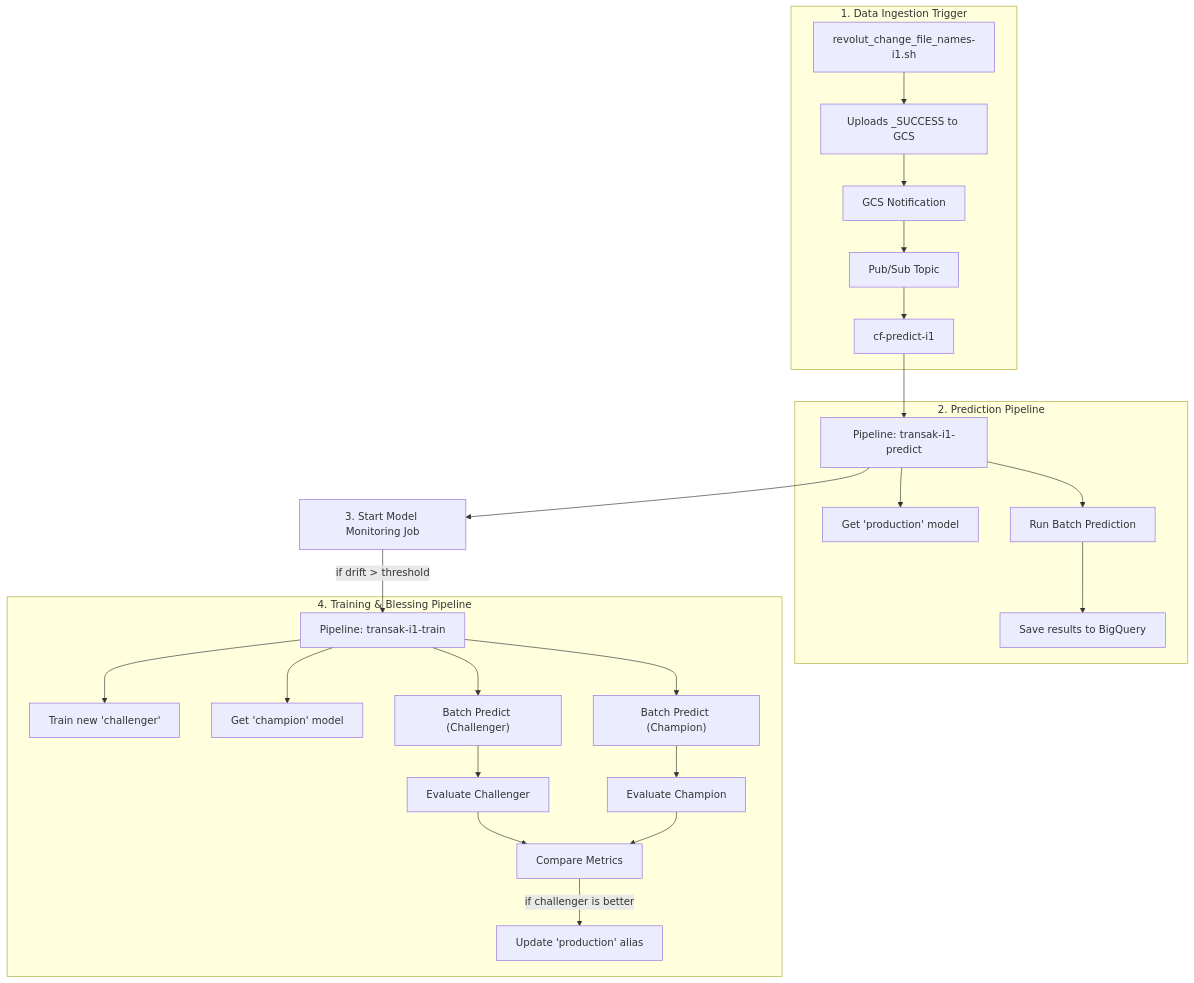
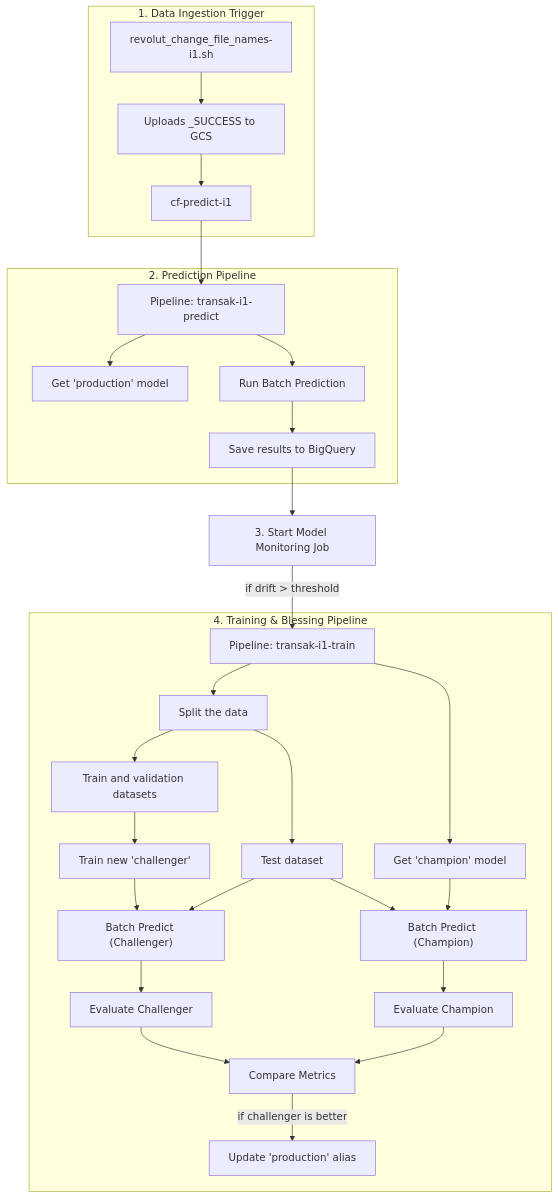
Before and after one commit to arturroo/af-finanzen: the diagram in vertex_ai/transak_i1/GEMINI.md, drawn with Mermaid. The commit also changed other lines of this file, not shown here.

Commit message:
updates te diagram ascii

````diff
--- a/vertex_ai/transak_i1/GEMINI.md
+++ b/vertex_ai/transak_i1/GEMINI.md
@@ -140,33 +152,37 @@
 ```mermaid
 graph TD
     subgraph "1. Data Ingestion Trigger"
         T1["revolut_change_file_names-i1.sh"] --> T2["Uploads _SUCCESS to GCS"];
-        T2 --> T3["GCS Notification"];
-        T3 --> T4["Pub/Sub Topic"];
-        T4 --> A["cf-predict-i1"];
+        T2 --> A["cf-predict-i1"];
     end
 
     subgraph "2. Prediction Pipeline"
         A --> B["Pipeline: transak-i1-predict"];
         B --> B1["Get 'production' model"];
         B --> B2["Run Batch Prediction"];
         B2 --> B3["Save results to BigQuery"];
     end
 
-    B --> M["3. Start Model Monitoring Job"];
+    B3 --> M["3. Start Model Monitoring Job"];
 
     subgraph "4. Training & Blessing Pipeline"
         C["Pipeline: transak-i1-train"];
-        C --> C1["Train new 'challenger'"];
-        C --> C2["Get 'champion' model"];
-        C --> C3["Batch Predict (Challenger)"];
-        C --> C4["Batch Predict (Champion)"];
-        C3 --> C5["Evaluate Challenger"];
-        C4 --> C6["Evaluate Champion"];
-        C5 --> C7["Compare Metrics"];
-        C6 --> C7;
-        C7 -- "if challenger is better" --> C8["Update 'production' alias"];
+        C --> C1["Split the data"];
+        C1 --> C2["Train and validation datasets"]
+        C1 --> C3["Test dataset"]
+        C2 --> C4["Train new 'challenger'"];
+        C4 --> C5["Batch Predict (Challenger)"];
+        C3 --> C5["Batch Predict (Challenger)"];
+        C5 --> C6["Evaluate Challenger"];
+        
+        C --> C10["Get 'champion' model"];
+        C10 --> C11["Batch Predict (Champion)"];
+        C3 --> C11["Batch Predict (Champion)"];
+        C11 --> C12["Evaluate Champion"];
+        C6 --> C20["Compare Metrics"];
+        C12 --> C20["Compare Metrics"];
+        C20 -- "if challenger is better" --> C21["Update 'production' alias"];
     end
 
     M -- "if drift > threshold" --> C;
 ```
````
